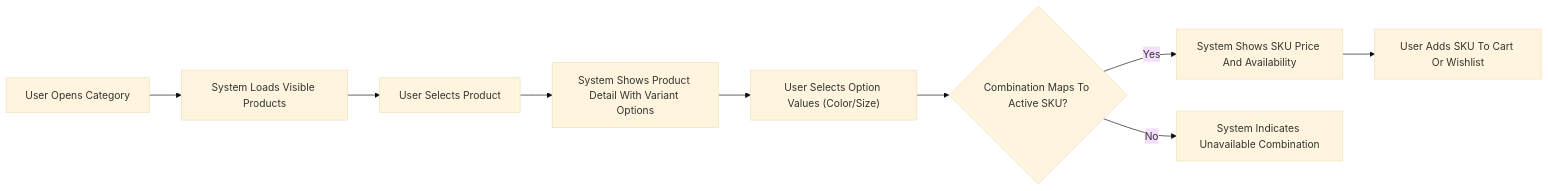
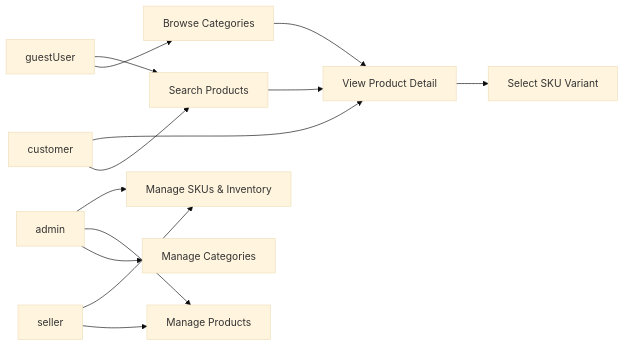
The diagram in openai/gpt-5.1/shopping/docs/analysis/05-product-and-catalog-requirements.md (wrtnlabs/autobe-examples), drawn with Mermaid (base theme) before and after one commit. The commit also changed other lines of this file and 8017 other files, not shown here.

````diff
--- a/openai/gpt-5.1/shopping/docs/analysis/05-product-and-catalog-requirements.md
+++ b/openai/gpt-5.1/shopping/docs/analysis/05-product-and-catalog-requirements.md
@@ -287,11 +334,15 @@
 ```mermaid
 graph LR
-  A["User Opens Category"] --> B["System Loads Visible Products"]
-  B --> C["User Selects Product"]
-  C --> D["System Shows Product Detail With Variant Options"]
-  D --> E["User Selects Option Values (Color/Size)"]
-  E --> F{"Combination Maps To Active SKU?"}
-  F -->|"Yes"| G["System Shows SKU Price And Availability"]
-  F -->|"No"| H["System Indicates Unavailable Combination"]
-  G --> I["User Adds SKU To Cart Or Wishlist"]
+  GU["guestUser"] --> CATS["Browse Categories"]
+  GU --> SRCH["Search Products"]
+  CU["customer"] --> SRCH
+  CU --> PDET["View Product Detail"]
+  SE["seller"] --> SPRD["Manage Products"]
+  SE --> SSKU["Manage SKUs & Inventory"]
+  AD["admin"] --> ACAT["Manage Categories"]
+  AD --> SPRD
+  AD --> SSKU
+  CATS --> PDET
+  SRCH --> PDET
+  PDET --> VS["Select SKU Variant"]
 ```
````
